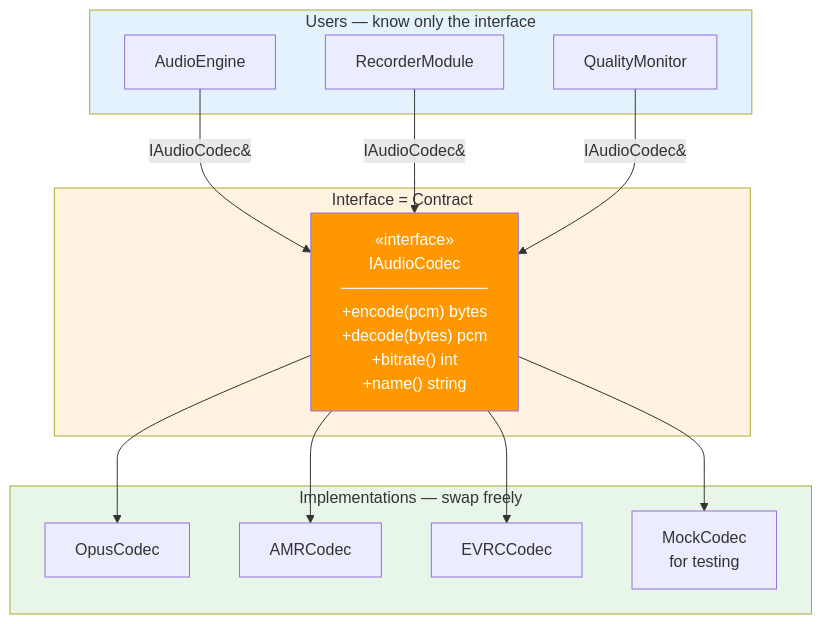
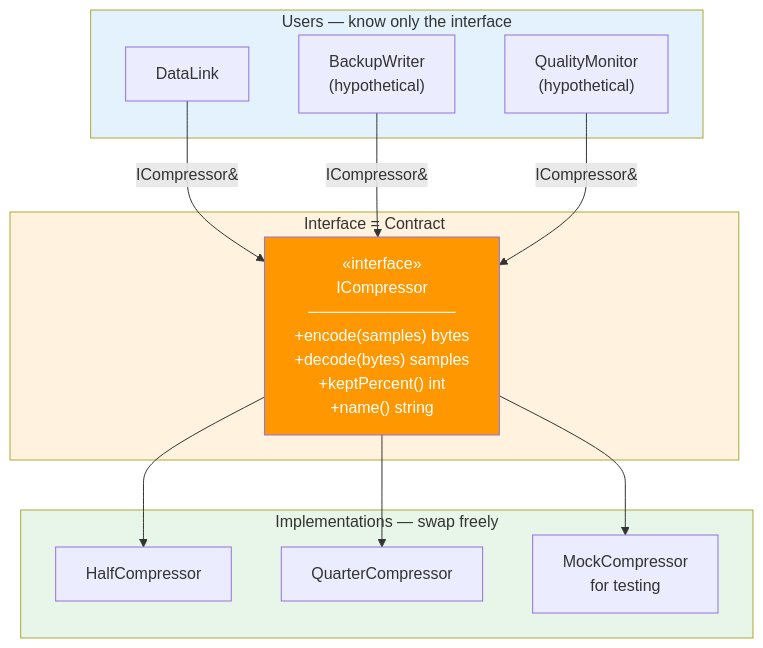
The first of 3 diagrams in 09_SoftwareArchitecture/ComponentDesign/03_Interfaces/README.md (Apisteftos/QtTutorialCpp), drawn with Mermaid before and after one commit. The commit also changed other lines of this file and 349 other files, not shown here.

````diff
--- a/09_SoftwareArchitecture/ComponentDesign/03_Interfaces/README.md
+++ b/09_SoftwareArchitecture/ComponentDesign/03_Interfaces/README.md
@@ -12,27 +12,26 @@
 ```mermaid
 flowchart TD
     subgraph CONTRACT["Interface = Contract"]
-        I["«interface»\nIAudioCodec\n─────────────\n+encode(pcm) bytes\n+decode(bytes) pcm\n+bitrate() int\n+name() string"]
+        I["«interface»\nICompressor\n─────────────\n+encode(samples) bytes\n+decode(bytes) samples\n+keptPercent() int\n+name() string"]
     end
 
     subgraph IMPL["Implementations — swap freely"]
-        A[OpusCodec]
-        B[AMRCodec]
-        C[EVRCCodec]
-        D[MockCodec\nfor testing]
+        A[HalfCompressor]
+        B[QuarterCompressor]
+        D[MockCompressor\nfor testing]
     end
 
     subgraph USER["Users — know only the interface"]
-        E[AudioEngine]
-        F[RecorderModule]
-        G[QualityMonitor]
+        E[DataLink]
+        F["BackupWriter\n(hypothetical)"]
+        G["QualityMonitor\n(hypothetical)"]
     end
 
-    I --> A & B & C & D
-    E & F & G -->|"IAudioCodec&"| I
+    I --> A & B & D
+    E & F & G -->|"ICompressor&"| I
 
     style I fill:#FF9800,color:#fff
     style CONTRACT fill:#FFF3E0
     style IMPL fill:#E8F5E9
     style USER fill:#E3F2FD
 ```
````
